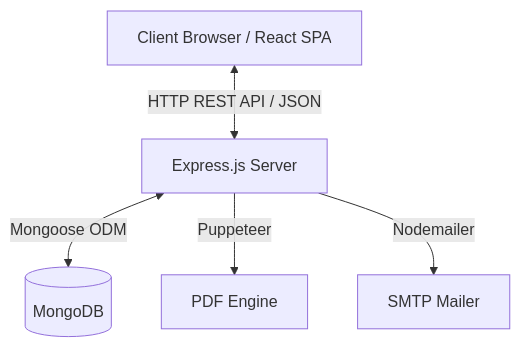
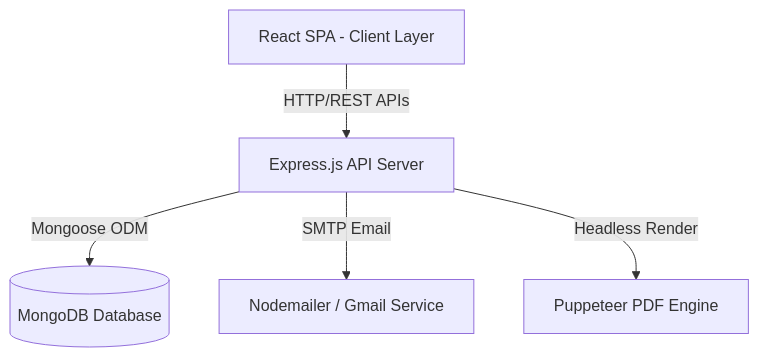
Before and after one commit to abdul8704/EduTrack: the diagram in architecture.md, drawn with Mermaid. The commit also changed other lines of this file, not shown here.

Commit message:
docs: add comprehensive ARCHITECTURE.md documentation

````diff
--- a/architecture.md
+++ b/architecture.md
@@ -14,7 +8,7 @@
 ```mermaid
 graph TD
-    User[Client Browser / React SPA] <-->|HTTP REST API / JSON| Server[Express.js Server]
-    Server <-->|Mongoose ODM| DB[(MongoDB)]
-    Server -->|Puppeteer| PDF[PDF Engine]
-    Server -->|Nodemailer| Mail[SMTP Mailer]
+    Client[React SPA - Client Layer] -->|HTTP/REST APIs| Express[Express.js API Server]
+    Express -->|Mongoose ODM| Mongo[(MongoDB Database)]
+    Express -->|SMTP Email| SMTP[Nodemailer / Gmail Service]
+    Express -->|Headless Render| Puppeteer[Puppeteer PDF Engine]
 ```
````
